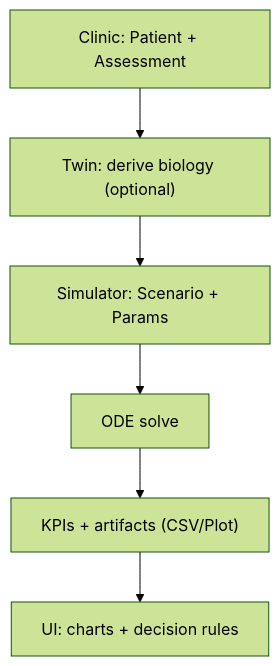
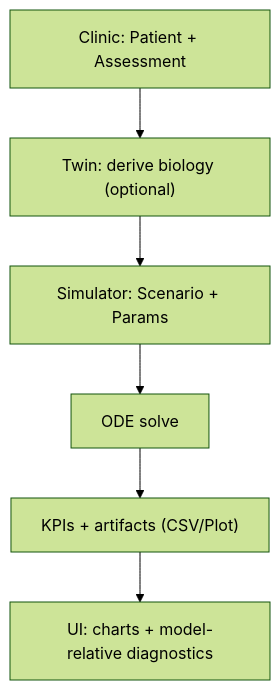
One commit to andreazedda/bmyCure4MM changed the diagram in docs/guides/simulations_gallery.md. Above: the diagram before and after it, drawn with Mermaid (forest theme). The commit also changed other lines of this file and 114 other files, not shown here.

````diff
--- a/docs/guides/simulations_gallery.md
+++ b/docs/guides/simulations_gallery.md
@@ -162,8 +168,8 @@
     ```mermaid
     flowchart TD
       A["Clinic: Patient + Assessment"] --> B["Twin: derive biology (optional)"]
       B --> C["Simulator: Scenario + Params"]
       C --> D["ODE solve"]
       D --> E["KPIs + artifacts (CSV/Plot)"]
-      E --> F["UI: charts + decision rules"]
+      E --> F["UI: charts + model-relative diagnostics"]
     ```
````
